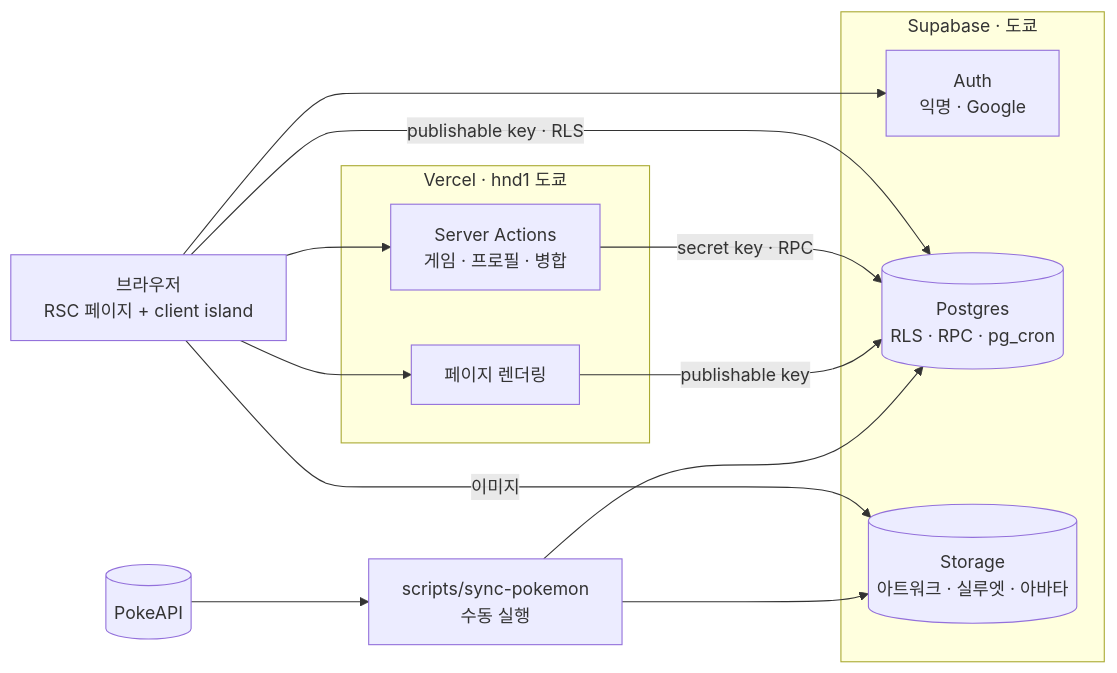
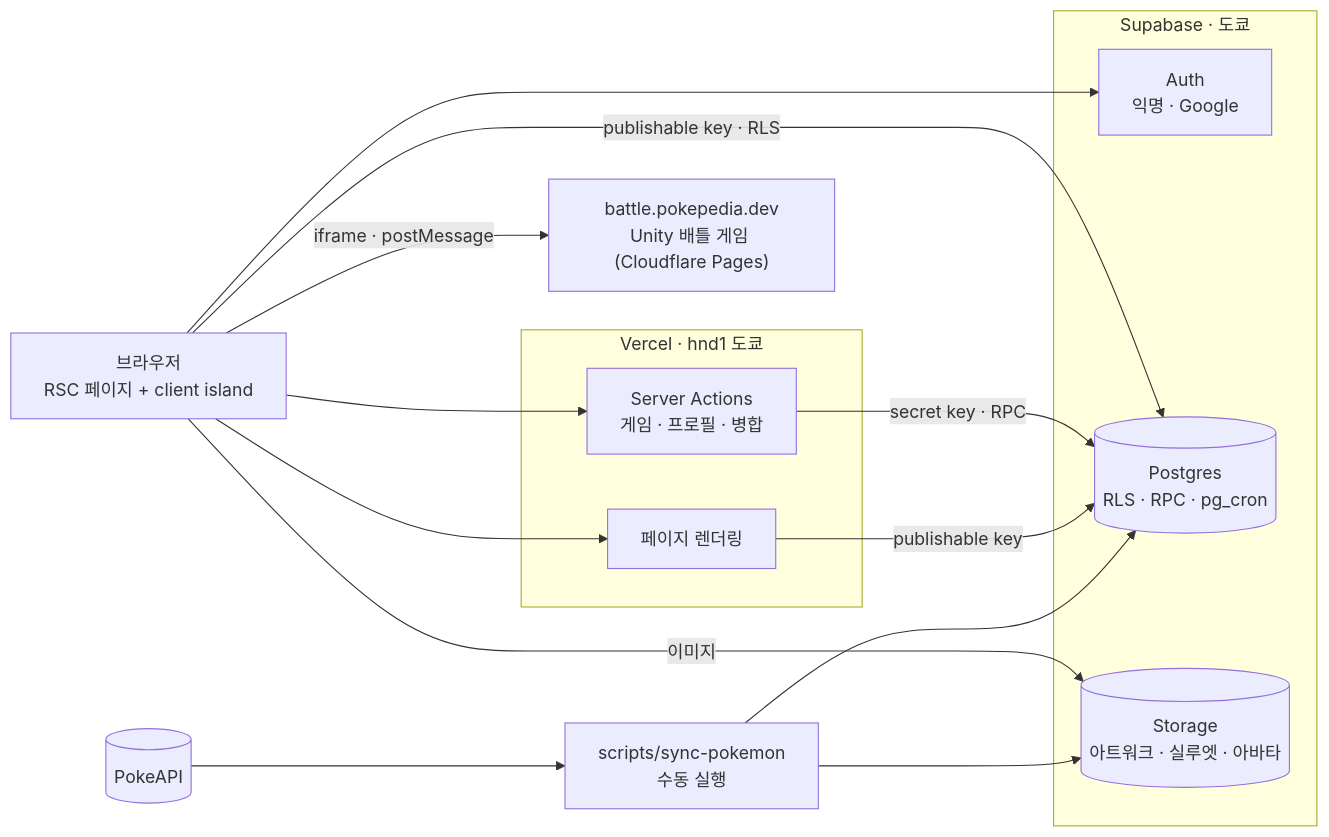
The diagram in docs/system_design.md (ottuck/pokepedia), drawn with Mermaid before and after one commit. The commit also changed other lines of this file and 8 other files, not shown here.

First line of the commit message:
feat: 배틀 페이지 추가 (Unity 게임 iframe 연동) (#60)

````diff
--- a/docs/system_design.md
+++ b/docs/system_design.md
@@ -17,20 +17,21 @@
 ```mermaid
 flowchart LR
   UI["브라우저<br/>RSC 페이지 + client island"]
   subgraph Vercel["Vercel · hnd1 도쿄"]
     Pages[페이지 렌더링]
     Actions[Server Actions<br/>게임 · 프로필 · 병합]
   end
   subgraph Supabase["Supabase · 도쿄"]
     Auth[Auth<br/>익명 · Google]
     DB[(Postgres<br/>RLS · RPC · pg_cron)]
     Storage[(Storage<br/>아트워크 · 실루엣 · 아바타)]
   end
   PokeAPI[(PokeAPI)] --> Sync[scripts/sync-pokemon<br/>수동 실행]
   Sync --> DB & Storage
   UI --> Pages -- publishable key --> DB
   UI --> Actions -- secret key · RPC --> DB
   UI -- publishable key · RLS --> DB
   UI --> Auth
   UI -- 이미지 --> Storage
+  UI -- "iframe · postMessage" --> Battle["battle.pokepedia.dev<br/>Unity 배틀 게임 (Cloudflare Pages)"]
 ```
````
